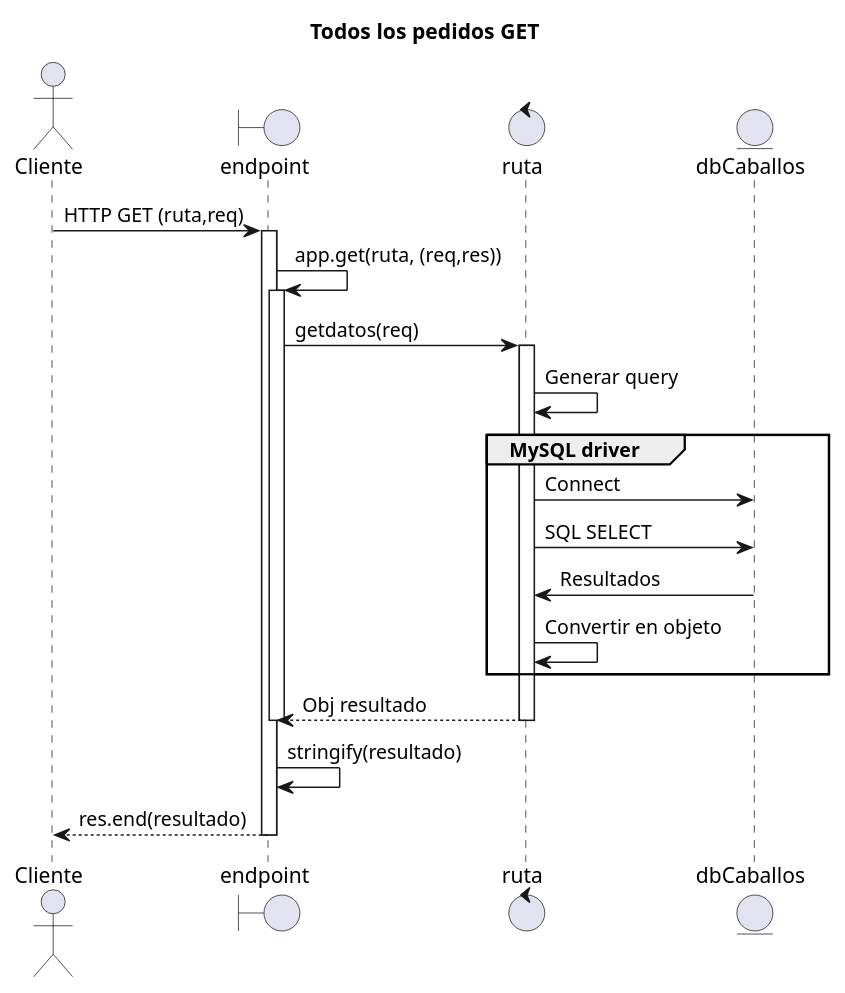
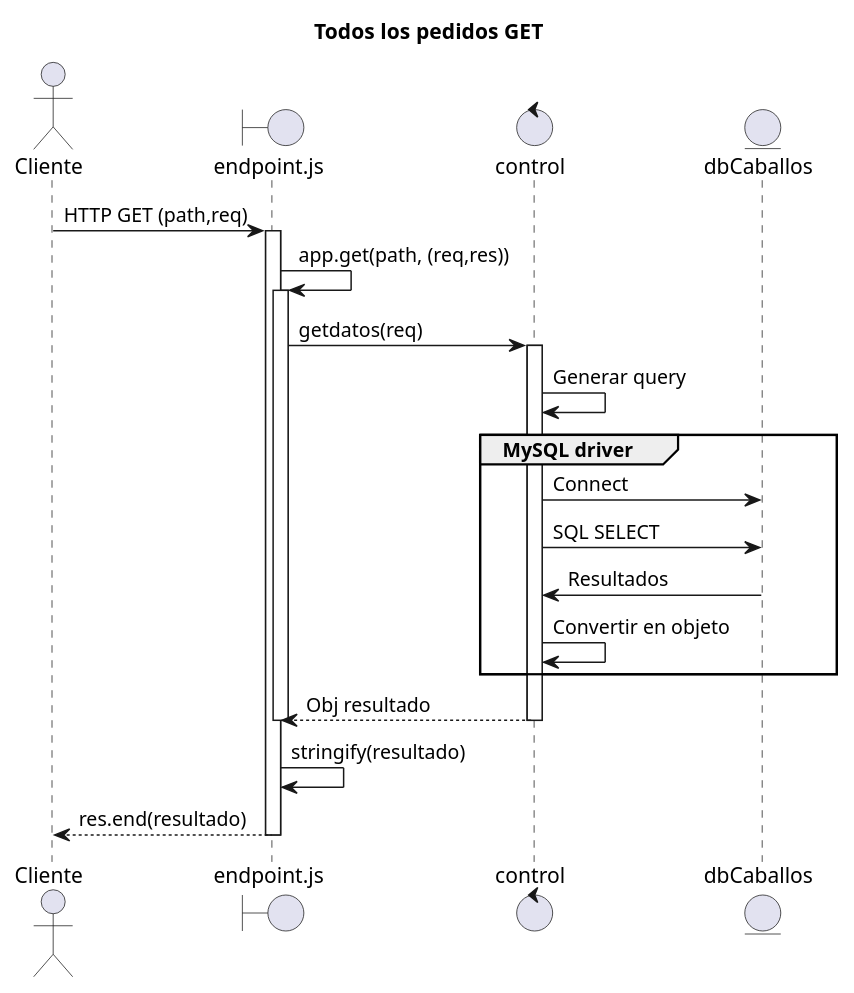
The diagram in uml/get-sequence.puml (Edu237/arq-web), drawn with PlantUML before and after one commit. The commit also changed 2 other files, not shown here.

```diff
--- a/uml/get-sequence.puml
+++ b/uml/get-sequence.puml
@@ -1,30 +1,30 @@
 @startuml
 title Todos los pedidos GET
 actor Cliente as U
-boundary endpoint as E
-control ruta as C
+boundary endpoint.js as E
+control control as C
 
 entity dbCaballos as D
 
-U -> E: HTTP GET (ruta,req)
+U -> E: HTTP GET (path,req)
 activate E
-E -> E: app.get(ruta, (req,res))
+E -> E: app.get(path, (req,res))
 activate E
 E -> C: getdatos(req)
 activate C
 C -> C: Generar query
 
 group MySQL driver
 C -> D: Connect
 C -> D: SQL SELECT
 D -> C: Resultados
 C -> C: Convertir en objeto
 end
 
 C --> E: Obj resultado
 deactivate C
 deactivate E
 E -> E: stringify(resultado)
 E --> U: res.end(resultado)
 deactivate E
 @enduml
```
